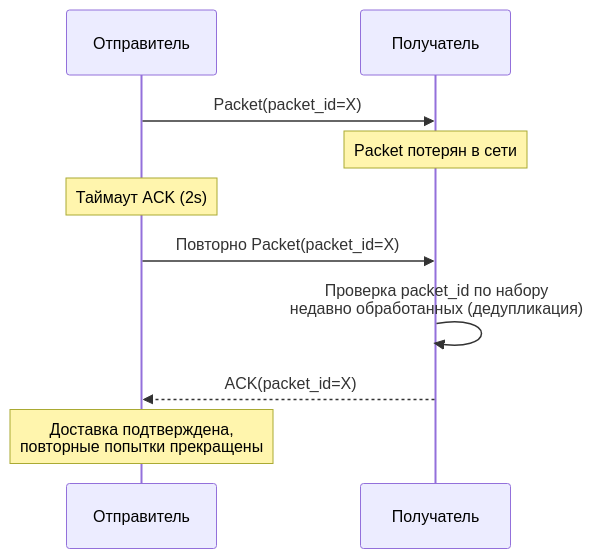
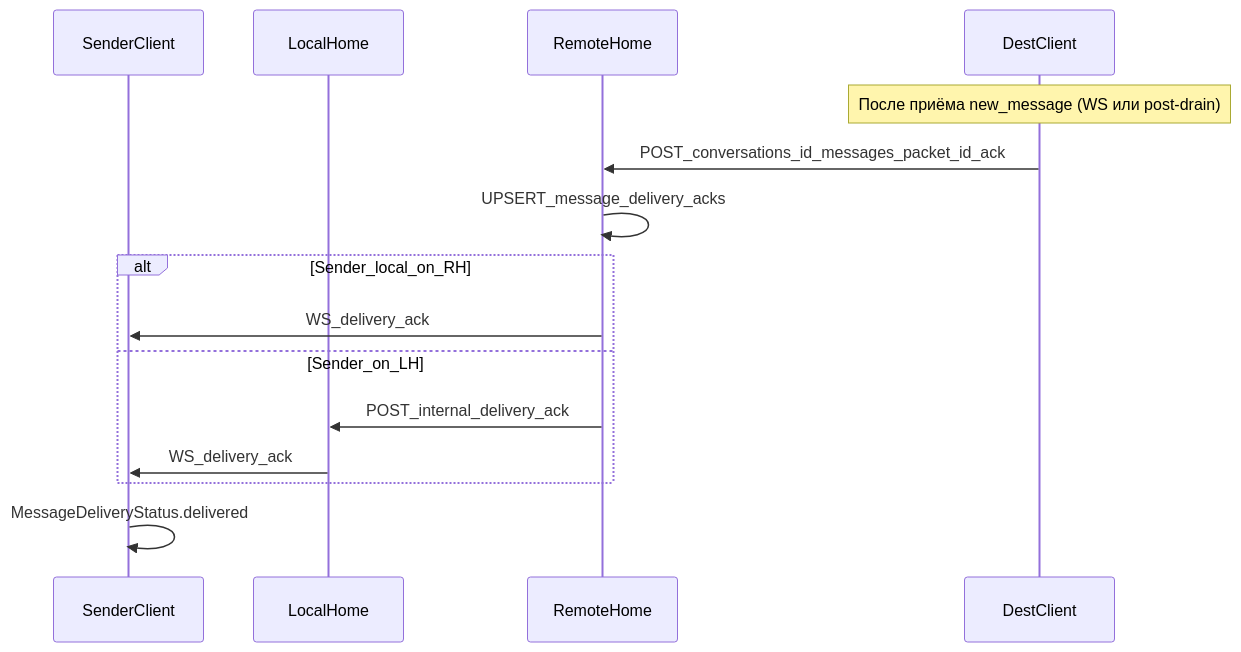
One commit to Flexbcc/messenger-v2 changed the third of 3 diagrams in spec/0202_DELIVERY.md. Above: the diagram before and after it, drawn with Mermaid. The commit also changed other lines of this file and 227 other files, not shown here.

````diff
--- a/spec/0202_DELIVERY.md
+++ b/spec/0202_DELIVERY.md
@@ -33,13 +134,18 @@
 ```mermaid
 sequenceDiagram
-    participant S as Отправитель
-    participant R as Получатель
+  participant S as SenderClient
+  participant LH as LocalHome
+  participant RH as RemoteHome
+  participant D as DestClient
 
-    S->>R: Packet(packet_id=X)
-    Note over R: Packet потерян в сети
-    Note over S: Таймаут ACK (2s)
-    S->>R: Повторно Packet(packet_id=X)
-    R->>R: Проверка packet_id по набору<br/>недавно обработанных (дедупликация)
-    R-->>S: ACK(packet_id=X)
-    Note over S: Доставка подтверждена,<br/>повторные попытки прекращены
+  Note over D: После приёма new_message (WS или post-drain)
+  D->>RH: POST_conversations_id_messages_packet_id_ack
+  RH->>RH: UPSERT_message_delivery_acks
+  alt Sender_local_on_RH
+    RH->>S: WS_delivery_ack
+  else Sender_on_LH
+    RH->>LH: POST_internal_delivery_ack
+    LH->>S: WS_delivery_ack
+  end
+  S->>S: MessageDeliveryStatus.delivered
 ```
````
